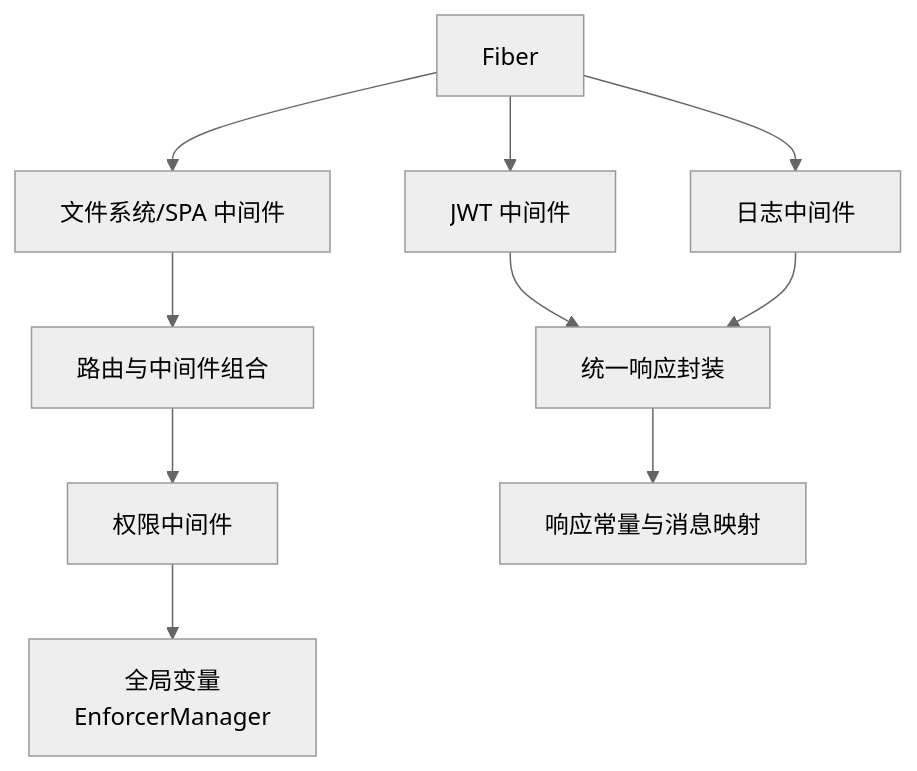
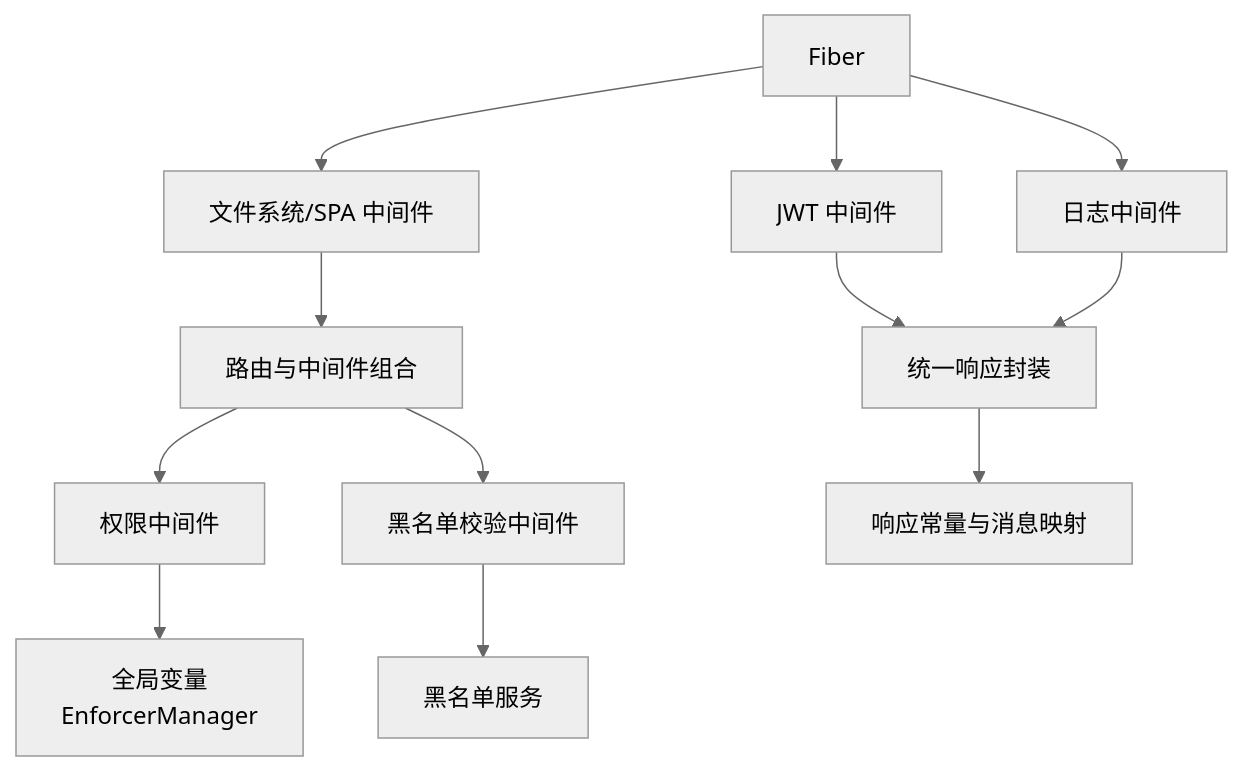
The seventh of 7 diagrams in .qoder/repowiki/zh/content/中间件系统/中间件系统.md (wuwuseo/e-sports-go-admin), drawn with Mermaid (neutral theme) before and after one commit. The commit also changed other lines of this file and 42 other files, not shown here.

````diff
--- a/.qoder/repowiki/zh/content/中间件系统/中间件系统.md
+++ b/.qoder/repowiki/zh/content/中间件系统/中间件系统.md
@@ -255,12 +296,14 @@
 ```mermaid
 graph TB
 F["Fiber"] --> M1["JWT 中间件"]
 F --> M2["日志中间件"]
 F --> M3["文件系统/SPA 中间件"]
 M1 --> U["统一响应封装"]
 M2 --> U
 M3 --> R["路由与中间件组合"]
 R --> P["权限中间件"]
+R --> B["黑名单校验中间件"]
 P --> G["全局变量<br/>EnforcerManager"]
+B --> S["黑名单服务"]
 U --> MSG["响应常量与消息映射"]
 ```
````
